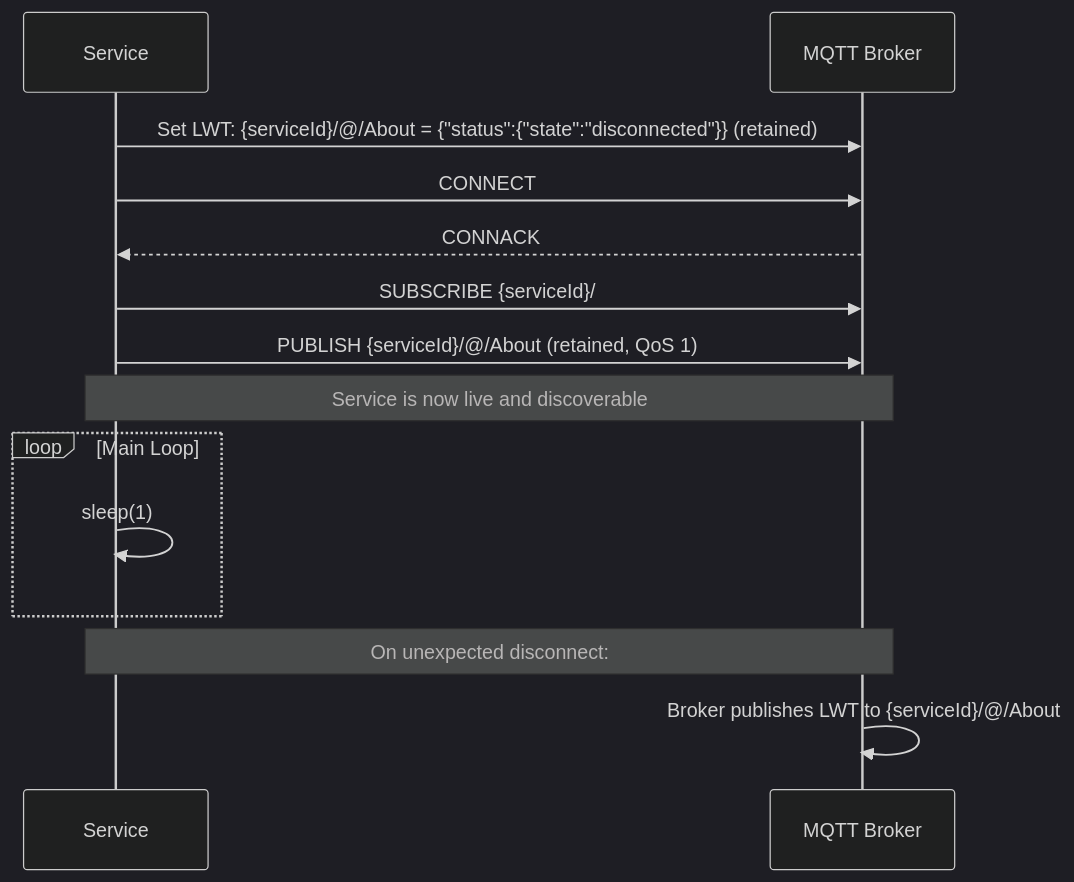
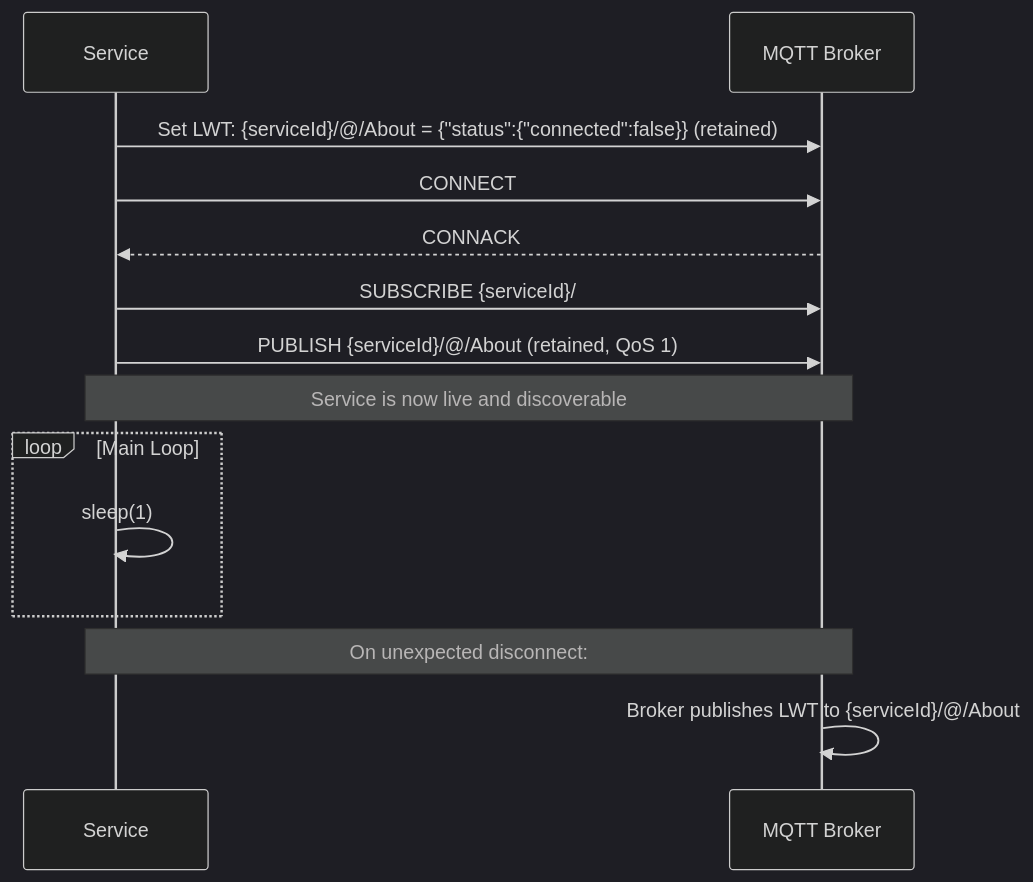
One commit to BuildLynx/lynx-sdk-python changed the fourth of 7 diagrams in docs/protocol.md. Above: the diagram before and after it, drawn with Mermaid (dark theme). The commit also changed other lines of this file, not shown here.

Commit message:
Some updates reflecting changes about status field

````diff
--- a/docs/protocol.md
+++ b/docs/protocol.md
@@ -318,19 +309,19 @@
 ```mermaid
 sequenceDiagram
     participant S as Service
     participant B as MQTT Broker
 
-    S->>B: Set LWT: {serviceId}/@/About = {"status":{"state":"disconnected"}} (retained)
+    S->>B: Set LWT: {serviceId}/@/About = {"status":{"connected":false}} (retained)
     S->>B: CONNECT
     B-->>S: CONNACK
     S->>B: SUBSCRIBE {serviceId}/#
     S->>B: PUBLISH {serviceId}/@/About (retained, QoS 1)
     Note over S,B: Service is now live and discoverable
 
     loop Main Loop
         S->>S: sleep(1)
     end
 
     Note over S,B: On unexpected disconnect:
     B->>B: Broker publishes LWT to {serviceId}/@/About
 ```
````
